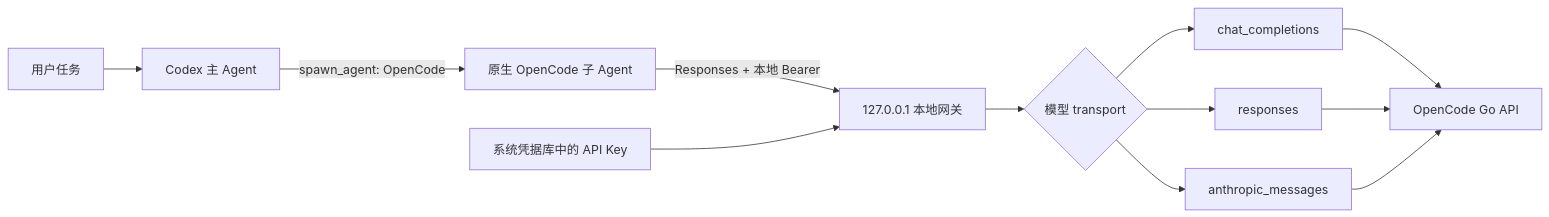
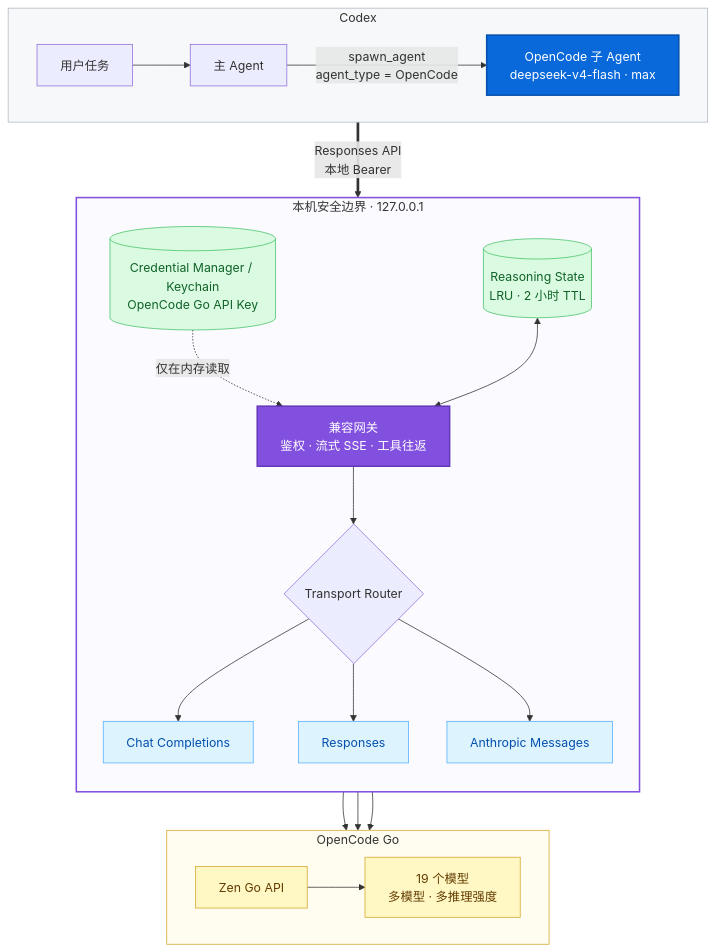
Before and after one commit to Ran-sh/opencode_subagent: the diagram in README.md, drawn with Mermaid.

Commit message:
docs: redesign architecture diagram

````diff
--- a/README.md
+++ b/README.md
@@ -40,14 +40,49 @@
 ```mermaid
-flowchart LR
-    U["用户任务"] --> M["Codex 主 Agent"]
-    M -->|"spawn_agent: OpenCode"| A["原生 OpenCode 子 Agent"]
-    A -->|"Responses + 本地 Bearer"| G["127.0.0.1 本地网关"]
-    G --> T{"模型 transport"}
-    T --> C["chat_completions"]
-    T --> R["responses"]
-    T --> H["anthropic_messages"]
-    C --> O["OpenCode Go API"]
-    R --> O
-    H --> O
-    K["系统凭据库中的 API Key"] --> G
+flowchart TB
+    subgraph CODEX["Codex"]
+        direction LR
+        U["用户任务"] --> M["主 Agent"]
+        M -->|"spawn_agent<br/>agent_type = OpenCode"| A["OpenCode 子 Agent<br/>deepseek-v4-flash · max"]
+    end
+
+    subgraph LOCAL["本机安全边界 · 127.0.0.1"]
+        direction TB
+        G["兼容网关<br/>鉴权 · 流式 SSE · 工具往返"]
+        T{"Transport Router"}
+        C["Chat Completions"]
+        R["Responses"]
+        H["Anthropic Messages"]
+        G --> T
+        T --> C
+        T --> R
+        T --> H
+
+        K[("Credential Manager / Keychain<br/>OpenCode Go API Key")] -. "仅在内存读取" .-> G
+        S[("Reasoning State<br/>LRU · 2 小时 TTL")] <--> G
+    end
+
+    subgraph CLOUD["OpenCode Go"]
+        direction LR
+        API["Zen Go API"] --> MODELS["19 个模型<br/>多模型 · 多推理强度"]
+    end
+
+    A ==>|"Responses API<br/>本地 Bearer"| G
+    C --> API
+    R --> API
+    H --> API
+
+    classDef primary fill:#0969da,color:#fff,stroke:#0550ae,stroke-width:2px;
+    classDef gateway fill:#8250df,color:#fff,stroke:#6639ba,stroke-width:2px;
+    classDef adapter fill:#ddf4ff,color:#0550ae,stroke:#54aeff;
+    classDef secure fill:#dafbe1,color:#116329,stroke:#4ac26b;
+    classDef cloud fill:#fff8c5,color:#633c01,stroke:#d4a72c;
+    class A primary;
+    class G gateway;
+    class C,R,H adapter;
+    class K,S secure;
+    class API,MODELS cloud;
+
+    style CODEX fill:#f6f8fa,stroke:#afb8c1,stroke-width:1px
+    style LOCAL fill:#fbfaff,stroke:#8250df,stroke-width:2px
+    style CLOUD fill:#fffdf0,stroke:#d4a72c,stroke-width:1px
 ```
````
